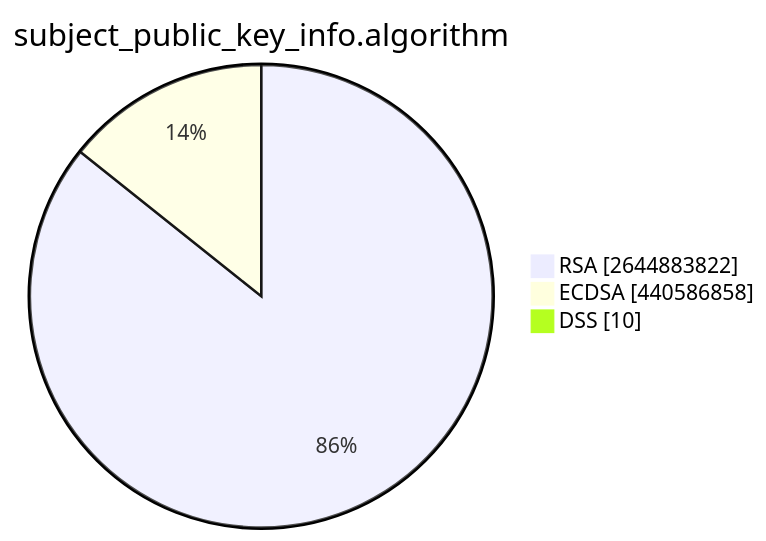
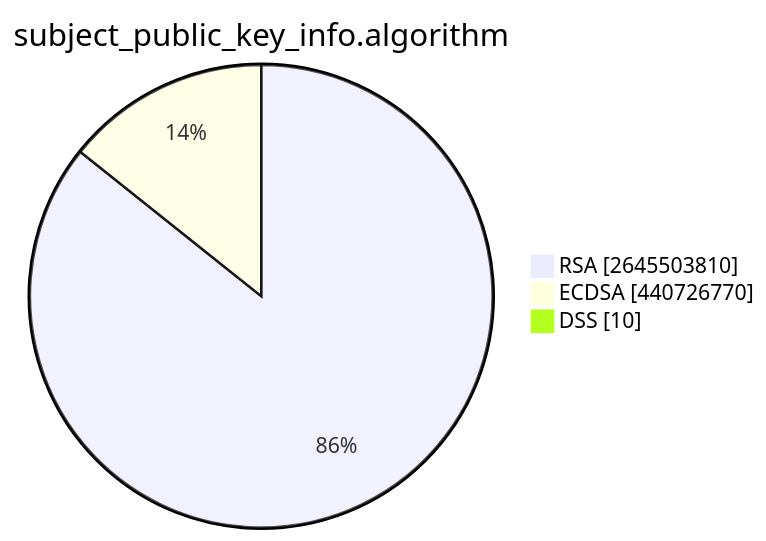
The second of 15 diagrams in TOTAL/README.md (christiankrug/ctmonitor_visualization), drawn with Mermaid before and after one commit. The commit also changed other lines of this file, not shown here.

````diff
--- a/TOTAL/README.md
+++ b/TOTAL/README.md
@@ -6,7 +6,7 @@
 ```mermaid
 pie showData
 title subject_public_key_info.algorithm
-"RSA" :2644883822
-"ECDSA" :440586858
+"RSA" :2645503810
+"ECDSA" :440726770
 "DSS" :10
 ```
````
